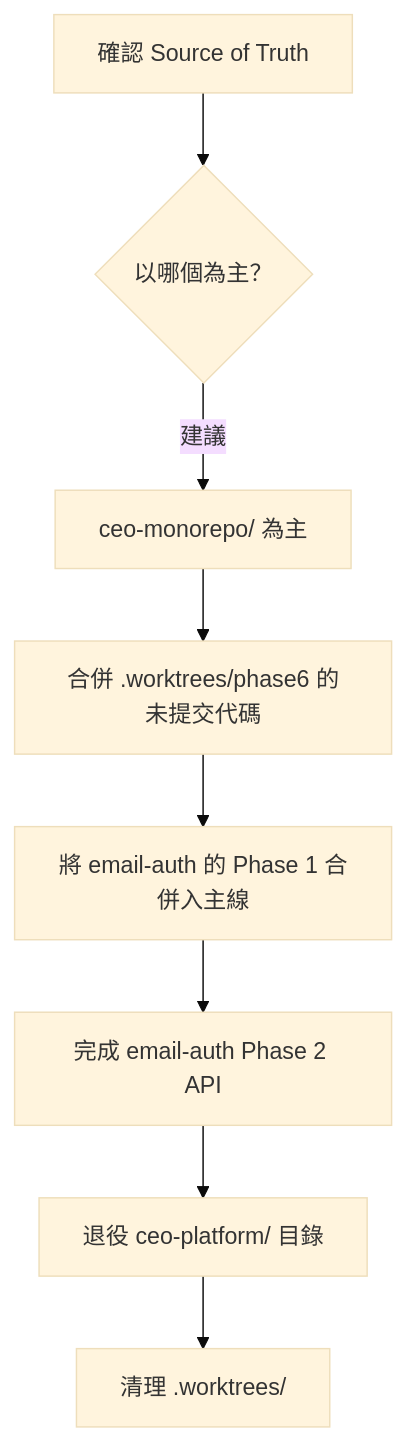
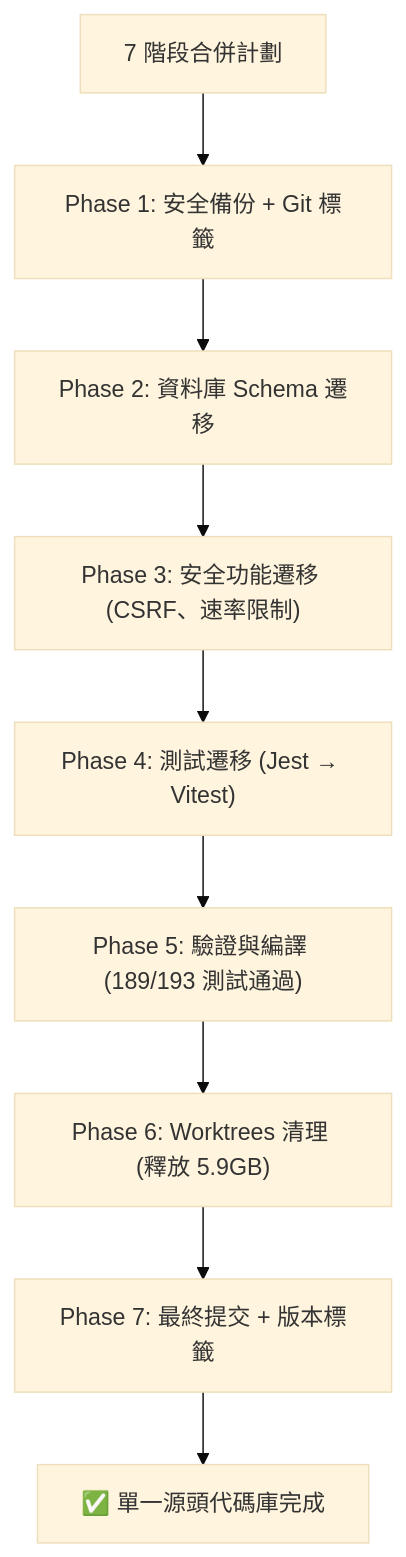
One commit to hsuyungfeng/ceo-platform changed the first of 2 diagrams in GeniIprovePlan.md. Above: the diagram before and after it, drawn with Mermaid (base theme). The commit also changed other lines of this file and 121 other files, not shown here.

````diff
--- a/GeniIprovePlan.md
+++ b/GeniIprovePlan.md
@@ -142,10 +145,11 @@
 ```mermaid
 flowchart TD
-    A["確認 Source of Truth"] --> B{"以哪個為主？"}
-    B -->|"建議"| C["ceo-monorepo/ 為主"]
-    C --> D["合併 .worktrees/phase6 的未提交代碼"]
-    D --> E["將 email-auth 的 Phase 1 合併入主線"]
-    E --> F["完成 email-auth Phase 2 API"]
-    F --> G["退役 ceo-platform/ 目錄"]
-    G --> H["清理 .worktrees/"]
+    A["7 階段合併計劃"] --> B["Phase 1: 安全備份 + Git 標籤"]
+    B --> C["Phase 2: 資料庫 Schema 遷移"]
+    C --> D["Phase 3: 安全功能遷移 (CSRF、速率限制)"]
+    D --> E["Phase 4: 測試遷移 (Jest → Vitest)"]
+    E --> F["Phase 5: 驗證與編譯 (189/193 測試通過)"]
+    F --> G["Phase 6: Worktrees 清理 (釋放 5.9GB)"]
+    G --> H["Phase 7: 最終提交 + 版本標籤"]
+    H --> I["✅ 單一源頭代碼庫完成"]
 ```
````
